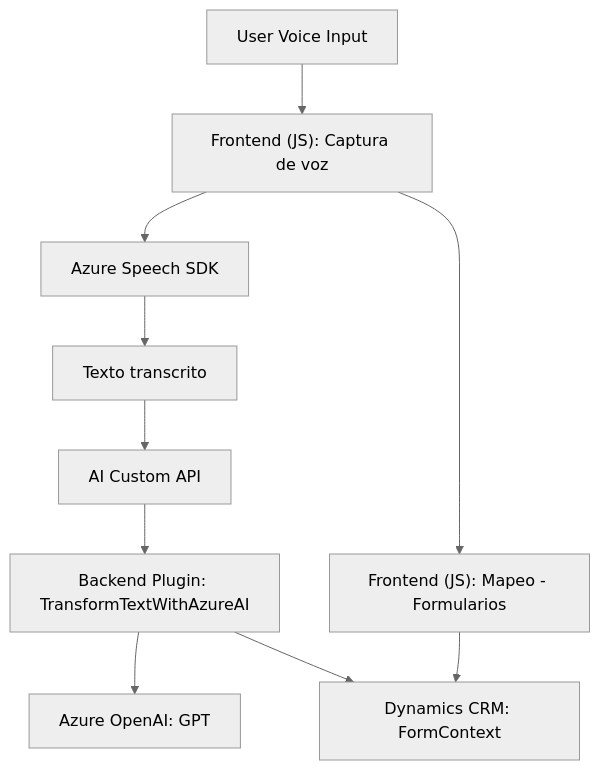
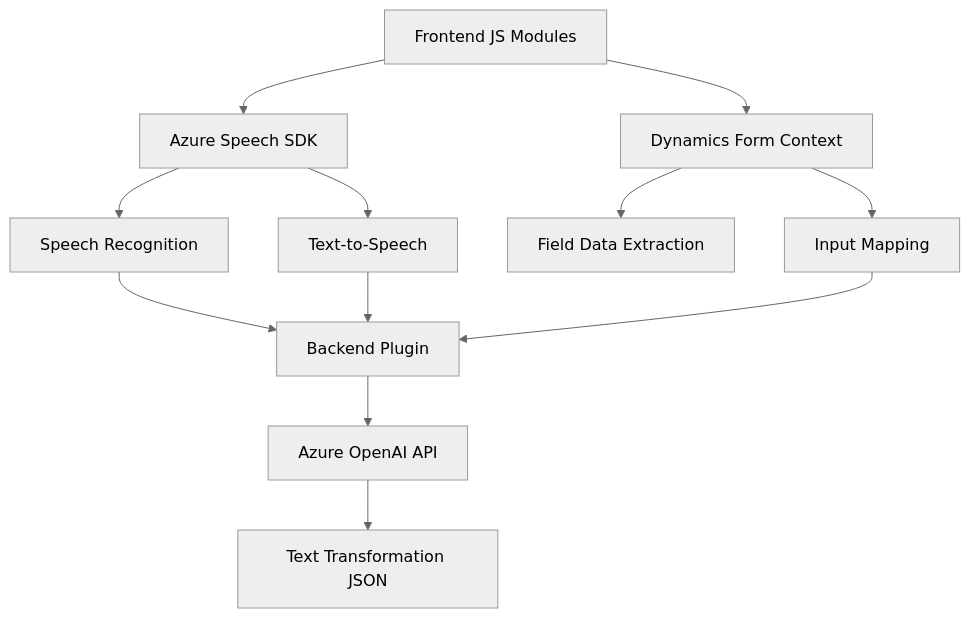
The diagram in README.md (blopezdm/NETCORE_BILBAO2025), drawn with Mermaid (neutral theme) before and after one commit. The commit also changed other lines of this file, not shown here.

````diff
--- a/README.md
+++ b/README.md
@@ -47,12 +37,14 @@
 ```mermaid
 graph TD
-  A["User Voice Input"] --> B["Frontend (JS): Captura de voz"]
-  B --> C["Azure Speech SDK"]
-  C --> D["Texto transcrito"]
-  D --> E["AI Custom API"]
-  B --> F["Frontend (JS): Mapeo - Formularios"]
-  E --> G["Backend Plugin: TransformTextWithAzureAI"]
-  G --> H["Azure OpenAI: GPT"]
-  F --> I["Dynamics CRM: FormContext"]
-  G --> I
+    A["Frontend JS Modules"] --> B["Azure Speech SDK"]
+    A --> C["Dynamics Form Context"]
+    B --> D["Speech Recognition"]
+    B --> E["Text-to-Speech"]
+    C --> F["Field Data Extraction"]
+    C --> G["Input Mapping"]
+    D --> H["Backend Plugin"]
+    E --> H
+    G --> H
+    H --> I["Azure OpenAI API"]
+    I --> J["Text Transformation JSON"]
 ```
````
